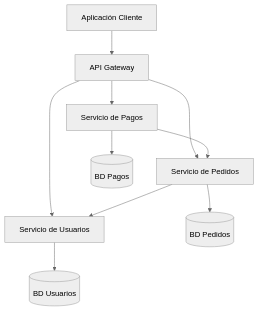
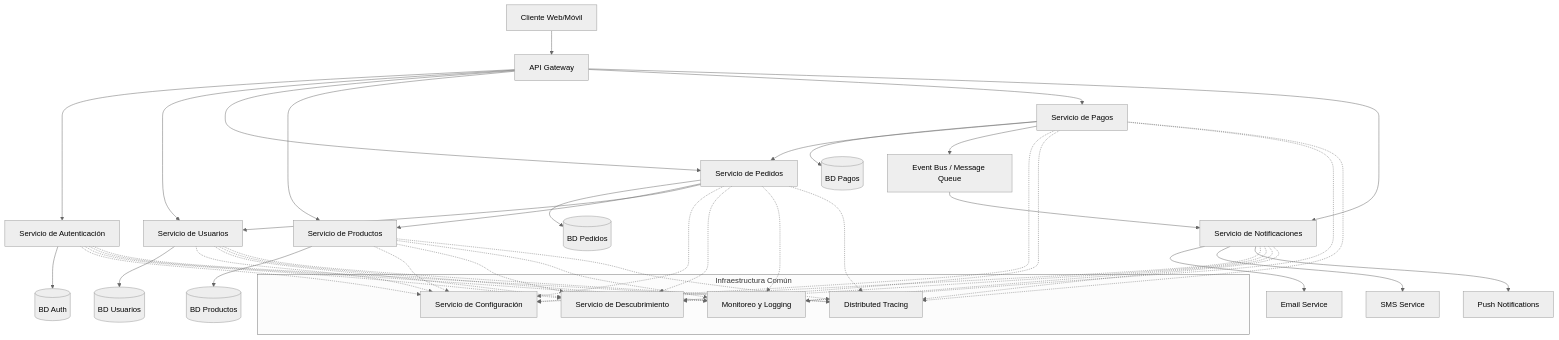
One commit to aialphanovatide/software-architecture-guide changed the diagram in docs/architecture/microservices/index.md. Above: the diagram before and after it, drawn with Mermaid (neutral theme). The commit also changed other lines of this file and 2 other files, not shown here.

Commit message:
Enhance mkdocs documentation for layered architecture and microservices by adding detailed diagrams, project structure examples, and design principles in Spanish. This update improves clarity on architecture implementation and best practices, ensuring comprehensive guidance for developers.

````diff
--- a/docs/architecture/microservices/index.md
+++ b/docs/architecture/microservices/index.md
@@ -50,12 +52,61 @@
 ```mermaid
 graph TD
-    Client[Aplicación Cliente] --> Gateway[API Gateway]
-    Gateway --> Service1[Servicio de Usuarios]
-    Gateway --> Service2[Servicio de Pedidos]
-    Gateway --> Service3[Servicio de Pagos]
-    Service1 --> DB1[(BD Usuarios)]
-    Service2 --> DB2[(BD Pedidos)]
-    Service3 --> DB3[(BD Pagos)]
-    Service2 --> Service1
-    Service3 --> Service2
+    Client[Cliente Web/Móvil] --> API[API Gateway]
+    API --> Auth[Servicio de Autenticación]
+    API --> User[Servicio de Usuarios]
+    API --> Order[Servicio de Pedidos]
+    API --> Product[Servicio de Productos]
+    API --> Payment[Servicio de Pagos]
+    API --> Notification[Servicio de Notificaciones]
+    
+    Auth --> AuthDB[(BD Auth)]
+    User --> UserDB[(BD Usuarios)]
+    Order --> OrderDB[(BD Pedidos)]
+    Product --> ProductDB[(BD Productos)]
+    Payment --> PaymentDB[(BD Pagos)]
+    
+    Order --> Product
+    Order --> User
+    Payment --> Order
+    Payment --> EventBus
+    
+    EventBus[Event Bus / Message Queue] --> Notification
+    Notification --> Email[Email Service]
+    Notification --> SMS[SMS Service]
+    Notification --> Push[Push Notifications]
+    
+    subgraph "Infraestructura Común"
+        Config[Servicio de Configuración]
+        Discovery[Servicio de Descubrimiento]
+        Monitoring[Monitoreo y Logging]
+        Tracing[Distributed Tracing]
+    end
+    
+    Auth -.-> Config
+    User -.-> Config
+    Order -.-> Config
+    Product -.-> Config
+    Payment -.-> Config
+    Notification -.-> Config
+    
+    Auth -.-> Discovery
+    User -.-> Discovery
+    Order -.-> Discovery
+    Product -.-> Discovery
+    Payment -.-> Discovery
+    Notification -.-> Discovery
+    
+    Auth -.-> Monitoring
+    User -.-> Monitoring
+    Order -.-> Monitoring
+    Product -.-> Monitoring
+    Payment -.-> Monitoring
+    Notification -.-> Monitoring
+    
+    Auth -.-> Tracing
+    User -.-> Tracing
+    Order -.-> Tracing
+    Product -.-> Tracing
+    Payment -.-> Tracing
+    Notification -.-> Tracing
 ```
````
